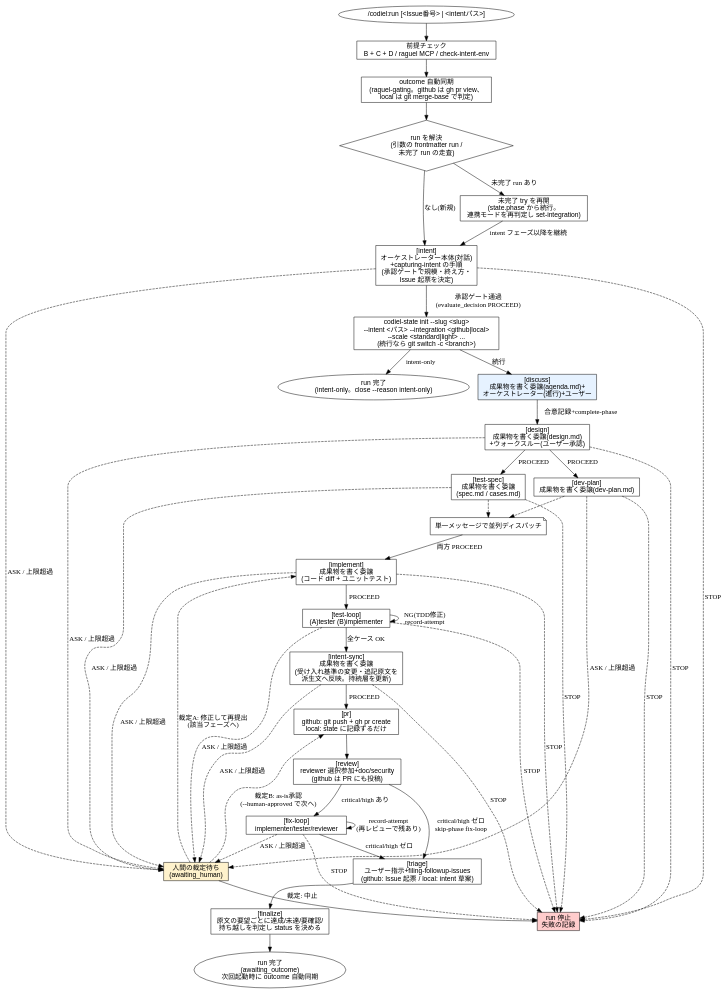
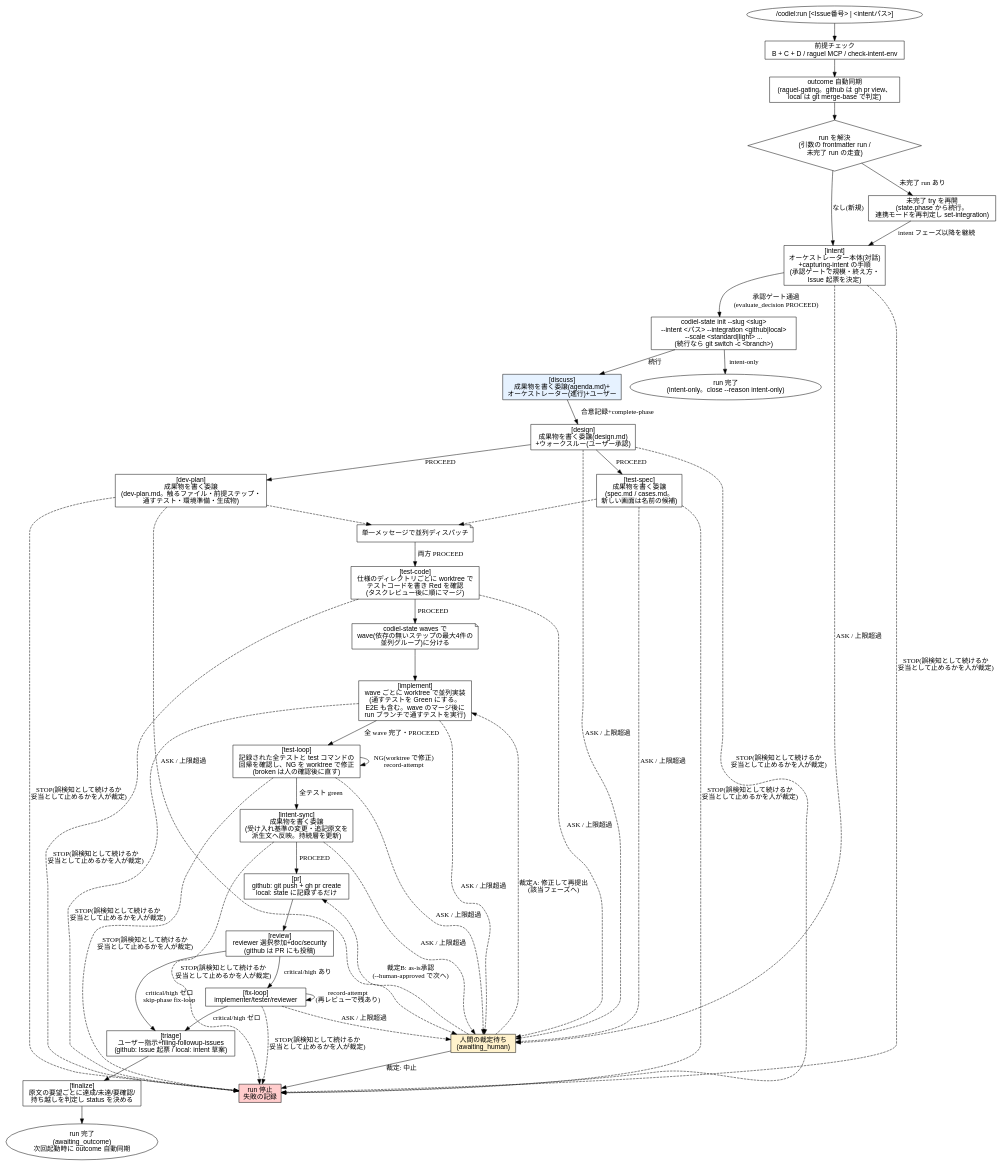
One commit to Amatsuka-kobo/amatsuka-claude-plugins changed diagram 14 of 15 in plugins/codiel/docs/skill-flowcharts.md. Above: the diagram before and after it, drawn with Graphviz. The commit also changed other lines of this file and 66 other files, not shown here.

````diff
--- a/plugins/codiel/docs/skill-flowcharts.md
+++ b/plugins/codiel/docs/skill-flowcharts.md
@@ -575,65 +579,69 @@
 ```dot
 digraph codiel_run {
   rankdir=TB;
   node [fontname="sans-serif"];
 
   start [label="/codiel:run [<Issue番号> | <intentパス>]", shape=ellipse];
   precheck [label="前提チェック\nB + C + D / raguel MCP / check-intent-env", shape=box];
   sync [label="outcome 自動同期\n(raguel-gating。github は gh pr view、\nlocal は git merge-base で判定)", shape=box];
   resolve [label="run を解決\n(引数の frontmatter run /\n未完了 run の走査)", shape=diamond];
   resume [label="未完了 try を再開\n(state.phase から続行。\n連携モードを再判定し set-integration)", shape=box];
 
   intent [label="[intent]\nオーケストレーター本体(対話)\n+capturing-intent の手順\n(承認ゲートで規模・終え方・\nIssue 起票を決定)", shape=box];
   intent_init [label="codiel-state init --slug <slug>\n--intent <パス> --integration <github|local>\n--scale <standard|light> ...\n(続行なら git switch -c <branch>)", shape=box];
   discuss [label="[discuss]\n成果物を書く委譲(agenda.md)+\nオーケストレーター(進行)+ユーザー", shape=box, style=filled, fillcolor="#e6f2ff"];
   design [label="[design]\n成果物を書く委譲(design.md)\n+ウォークスルー(ユーザー承認)", shape=box];
-  testspec [label="[test-spec]\n成果物を書く委譲\n(spec.md / cases.md)", shape=box];
-  devplan [label="[dev-plan]\n成果物を書く委譲(dev-plan.md)", shape=box];
+  testspec [label="[test-spec]\n成果物を書く委譲\n(spec.md / cases.md。\n新しい画面は名前の候補)", shape=box];
+  devplan [label="[dev-plan]\n成果物を書く委譲\n(dev-plan.md。触るファイル・前提ステップ・\n通すテスト・環境準備・生成物)", shape=box];
   parallel [label="単一メッセージで並列ディスパッチ", shape=note];
-  implement [label="[implement]\n成果物を書く委譲\n(コード diff + ユニットテスト)", shape=box];
-  testloop [label="[test-loop]\n(A)tester (B)implementer", shape=box];
+  testcode [label="[test-code]\n仕様のディレクトリごとに worktree で\nテストコードを書き Red を確認\n(タスクレビュー後に順にマージ)", shape=box];
+  waves [label="codiel-state waves で\nwave(依存の無いステップの最大4件の\n並列グループ)に分ける", shape=note];
+  implement [label="[implement]\nwave ごとに worktree で並列実装\n(通すテストを Green にする。\nE2E も含む。wave のマージ後に\nrun ブランチで通すテストを実行)", shape=box];
+  testloop [label="[test-loop]\n記録された全テストと test コマンドの\n回帰を確認し、NG を worktree で修正\n(broken は人の確認後に直す)", shape=box];
   intentsync [label="[intent-sync]\n成果物を書く委譲\n(受け入れ基準の変更・追記原文を\n派生文へ反映。持続層を更新)", shape=box];
   pr [label="[pr]\ngithub: git push + gh pr create\nlocal: state に記録するだけ", shape=box];
   review [label="[review]\nreviewer 選択参加+doc/security\n(github は PR にも投稿)", shape=box];
   fixloop [label="[fix-loop]\nimplementer/tester/reviewer", shape=box];
   triage [label="[triage]\nユーザー指示+filing-followup-issues\n(github: Issue 起票 / local: intent 草案)", shape=box];
   finalize [label="[finalize]\n原文の要望ごとに達成/未達/要確認/\n持ち越しを判定し status を決める", shape=box];
 
   human [label="人間の裁定待ち\n(awaiting_human)", shape=box, style=filled, fillcolor="#fff2cc"];
   stopped [label="run 停止\n失敗の記録", shape=box, style=filled, fillcolor="#ffcccc"];
   outcome [label="run 完了\n(awaiting_outcome)\n次回起動時に outcome 自動同期", shape=ellipse];
   intentonly [label="run 完了\n(intent-only。close --reason intent-only)", shape=ellipse];
 
   start -> precheck -> sync -> resolve;
   resolve -> resume [label="未完了 run あり"];
   resolve -> intent [label="なし(新規)"];
   resume -> intent [label="intent フェーズ以降を継続"];
 
   intent -> intent_init [label="承認ゲート通過\n(evaluate_decision PROCEED)"];
   intent_init -> discuss [label="続行"];
   intent_init -> intentonly [label="intent-only"];
   discuss -> design [label="合意記録+complete-phase"];
   design -> testspec [label="PROCEED"];
   design -> devplan [label="PROCEED"];
   testspec -> parallel [style=dashed];
   devplan -> parallel [style=dashed];
-  parallel -> implement [label="両方 PROCEED"];
-  implement -> testloop [label="PROCEED"];
-  testloop -> testloop [label="NG(TDD修正)\nrecord-attempt"];
-  testloop -> intentsync [label="全ケース OK"];
+  parallel -> testcode [label="両方 PROCEED"];
+  testcode -> waves [label="PROCEED"];
+  waves -> implement;
+  implement -> testloop [label="全 wave 完了・PROCEED"];
+  testloop -> testloop [label="NG(worktree で修正)\nrecord-attempt"];
+  testloop -> intentsync [label="全テスト green"];
   intentsync -> pr [label="PROCEED"];
   pr -> review;
   review -> fixloop [label="critical/high あり"];
   review -> triage [label="critical/high ゼロ\nskip-phase fix-loop"];
   fixloop -> fixloop [label="record-attempt\n(再レビューで残あり)"];
   fixloop -> triage [label="critical/high ゼロ"];
   triage -> finalize;
   finalize -> outcome;
 
-  { intent design testspec devplan implement testloop intentsync fixloop } -> human [label="ASK / 上限超過", style=dashed];
-  { intent design testspec devplan implement testloop intentsync fixloop } -> stopped [label="STOP", style=dashed];
+  { intent design testspec devplan testcode implement testloop intentsync fixloop } -> human [label="ASK / 上限超過", style=dashed];
+  { intent design testspec devplan testcode implement testloop intentsync fixloop } -> stopped [label="STOP(誤検知として続けるか\n妥当として止めるかを人が裁定)", style=dashed];
   human -> stopped [label="裁定: 中止"];
   human -> implement [label="裁定A: 修正して再提出\n(該当フェーズへ)", style=dashed];
   human -> pr [label="裁定B: as-is承認\n(--human-approved で次へ)", style=dashed];
 }
 ```
````
